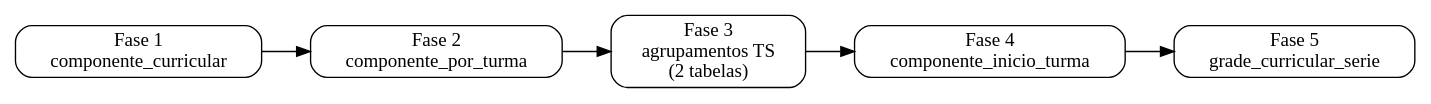
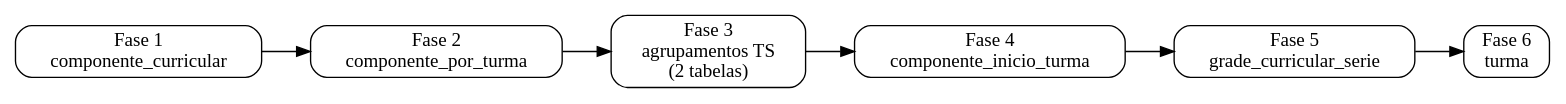
One commit to prefeiturasp/SME-IntegracaoEOL-MS-ETL changed the diagram in docs/dominios/pedagogico/ordem_carga.md. Above: the diagram before and after it, drawn with Graphviz. The commit also changed other lines of this file and 3 other files, not shown here.

````diff
--- a/docs/dominios/pedagogico/ordem_carga.md
+++ b/docs/dominios/pedagogico/ordem_carga.md
@@ -26,14 +29,15 @@
 ```{graphviz}
 digraph G {
     rankdir=LR;
     node [shape=box, style="rounded"];
 
     F1 [label="Fase 1\ncomponente_curricular"];
     F2 [label="Fase 2\ncomponente_por_turma"];
     F3 [label="Fase 3\nagrupamentos TS\n(2 tabelas)"];
     F4 [label="Fase 4\ncomponente_inicio_turma"];
     F5 [label="Fase 5\ngrade_curricular_serie"];
+    F6 [label="Fase 6\nturma"];
 
-    F1 -> F2 -> F3 -> F4 -> F5;
+    F1 -> F2 -> F3 -> F4 -> F5 -> F6;
 }
 ```
````
